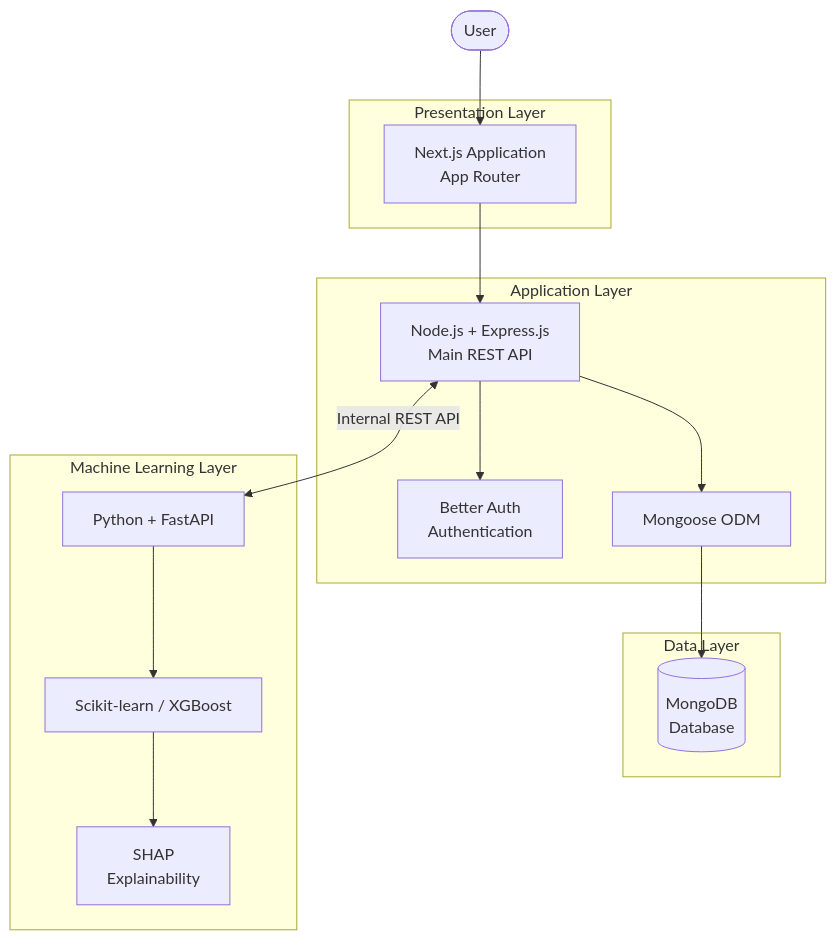
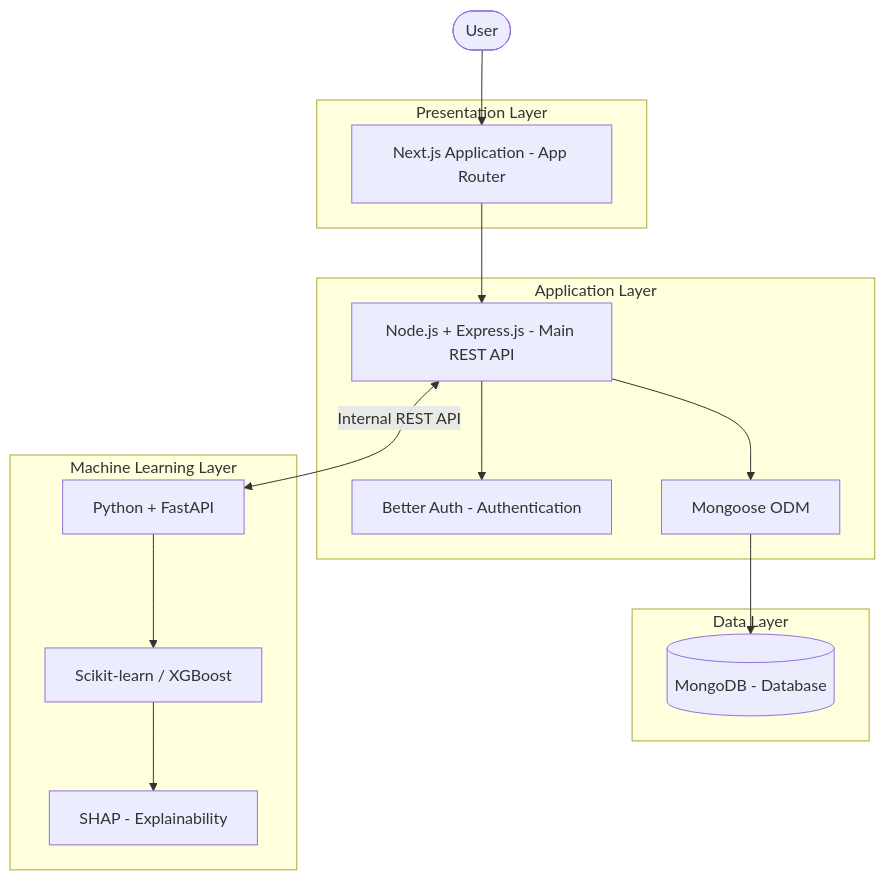
The first of 2 diagrams in README.md (fahimshahariar56/MediPredict), drawn with Mermaid before and after one commit.

Commit message:
docs: fix architecture diagram rendering

````diff
--- a/README.md
+++ b/README.md
@@ -134,34 +134,33 @@
 ```mermaid
 flowchart TB
-
     U([User])
 
     subgraph CLIENT["Presentation Layer"]
-        FE["Next.js Application<br/>App Router"]
+        FE["Next.js Application - App Router"]
     end
 
     subgraph APP["Application Layer"]
-        API["Node.js + Express.js<br/>Main REST API"]
-        AUTH["Better Auth<br/>Authentication"]
+        API["Node.js + Express.js - Main REST API"]
+        AUTH["Better Auth - Authentication"]
         ODM["Mongoose ODM"]
     end
 
     subgraph DATA["Data Layer"]
-        DB[("MongoDB<br/>Database")]
+        DB[("MongoDB - Database")]
     end
 
     subgraph ML["Machine Learning Layer"]
         FAST["Python + FastAPI"]
         MODEL["Scikit-learn / XGBoost"]
-        SHAP["SHAP<br/>Explainability"]
+        SHAP["SHAP - Explainability"]
     end
 
     U --> FE
     FE --> API
     API --> AUTH
     API --> ODM
     ODM --> DB
     API <-->|Internal REST API| FAST
     FAST --> MODEL
     MODEL --> SHAP
 ```
````
